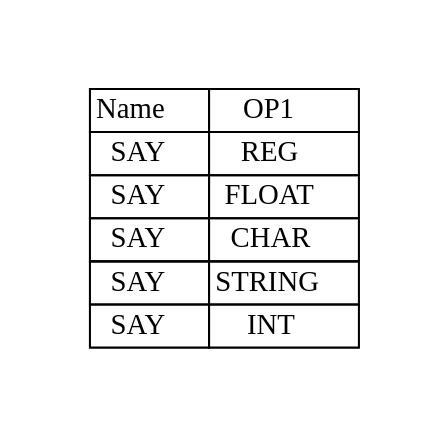
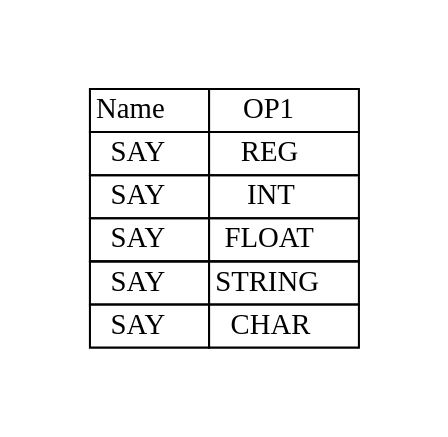
One commit to adesutherland/CREXX changed the diagram in docs/books/crexx_vm_spec/svg/say.gv. Above: the diagram before and after it, drawn with Graphviz. The commit also changed other lines of this file and 167 other files, not shown here.

```diff
--- a/docs/books/crexx_vm_spec/svg/say.gv
+++ b/docs/books/crexx_vm_spec/svg/say.gv
@@ -1,13 +1,13 @@
 digraph{
 graph [pad="0.5", nodesep="0.5", ranksep="2" ]
 node [shape=plain]
 Foo [label=<
 <table border="0" cellborder="1" cellspacing="0">
 <tr><td> Name </td> <td> OP1 </td> </tr>
 <tr><td> SAY </td><td> REG </td> </tr>
+<tr><td> SAY </td><td> INT </td> </tr>
 <tr><td> SAY </td><td> FLOAT </td> </tr>
+<tr><td> SAY </td><td> STRING </td> </tr>
 <tr><td> SAY </td><td> CHAR </td> </tr>
-<tr><td> SAY </td><td> STRING </td> </tr>
-<tr><td> SAY </td><td> INT </td> </tr>
 </table>>];
 }
```
